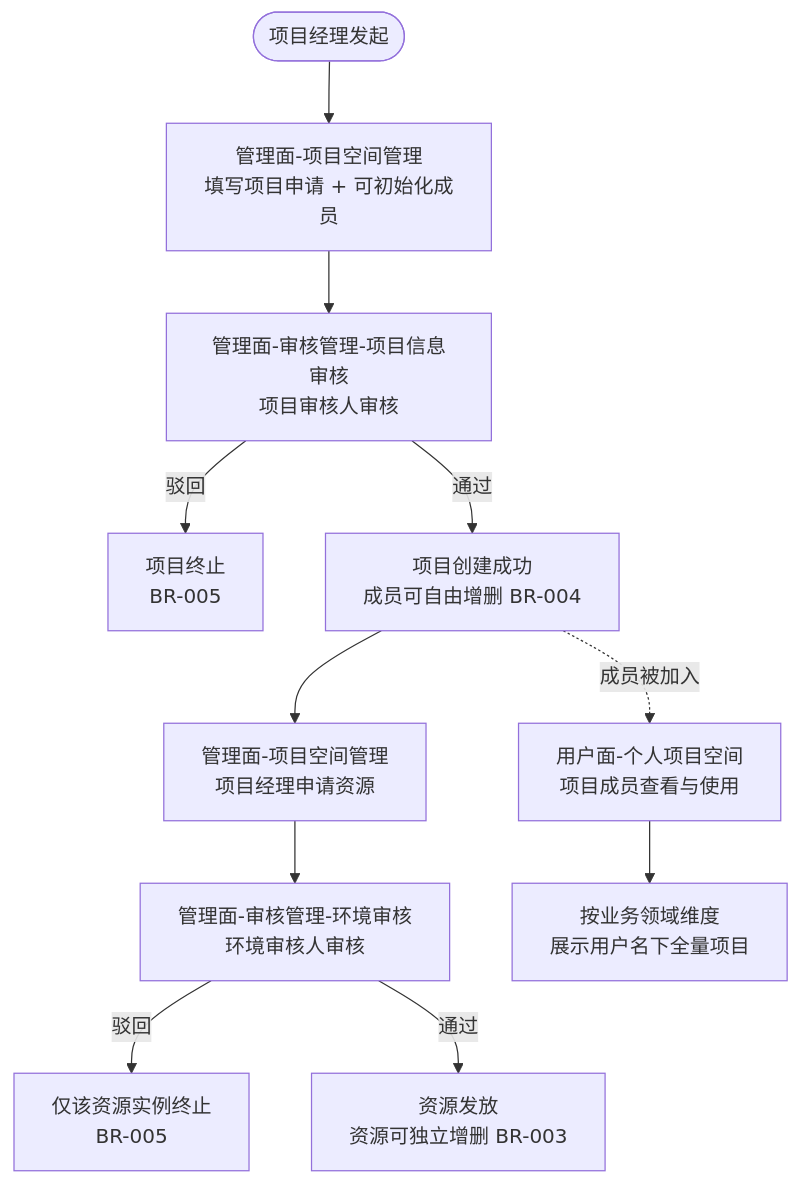
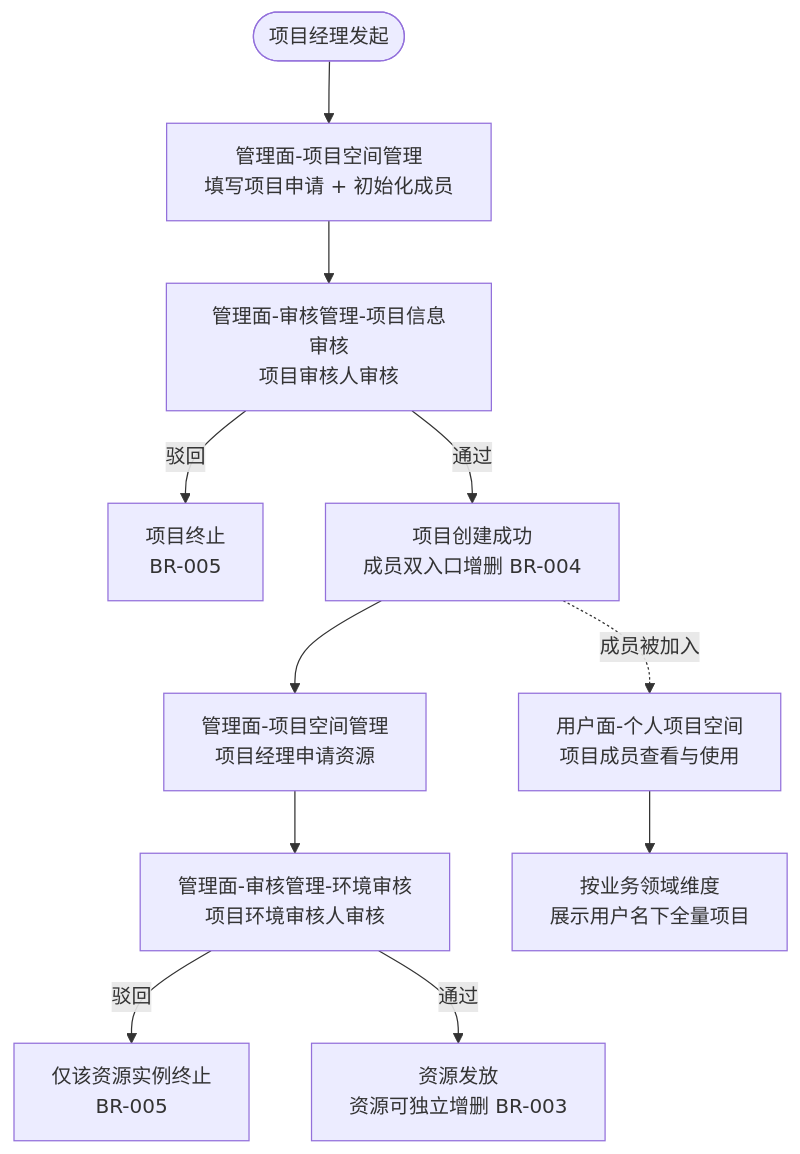
Before and after one commit to TerreMou/vue3-frontend-self-test: the second of 2 diagrams in 业务需求说明书.md, drawn with Mermaid. The commit also changed other lines of this file, not shown here.

````diff
--- a/业务需求说明书.md
+++ b/业务需求说明书.md
@@ -93,13 +105,13 @@
 ```mermaid
 flowchart TD
-    Start([项目经理发起]) --> A[管理面-项目空间管理<br/>填写项目申请 + 可初始化成员]
+    Start([项目经理发起]) --> A[管理面-项目空间管理<br/>填写项目申请 + 初始化成员]
     A --> B[管理面-审核管理-项目信息审核<br/>项目审核人审核]
     B -->|驳回| C1[项目终止<br/>BR-005]
-    B -->|通过| D[项目创建成功<br/>成员可自由增删 BR-004]
+    B -->|通过| D[项目创建成功<br/>成员双入口增删 BR-004]
     D --> E[管理面-项目空间管理<br/>项目经理申请资源]
-    E --> F[管理面-审核管理-环境审核<br/>环境审核人审核]
+    E --> F[管理面-审核管理-环境审核<br/>项目环境审核人审核]
     F -->|驳回| F1[仅该资源实例终止<br/>BR-005]
     F -->|通过| G[资源发放<br/>资源可独立增删 BR-003]
     D -.成员被加入.-> H[用户面-个人项目空间<br/>项目成员查看与使用]
     H --> I[按业务领域维度<br/>展示用户名下全量项目]
 ```
````
